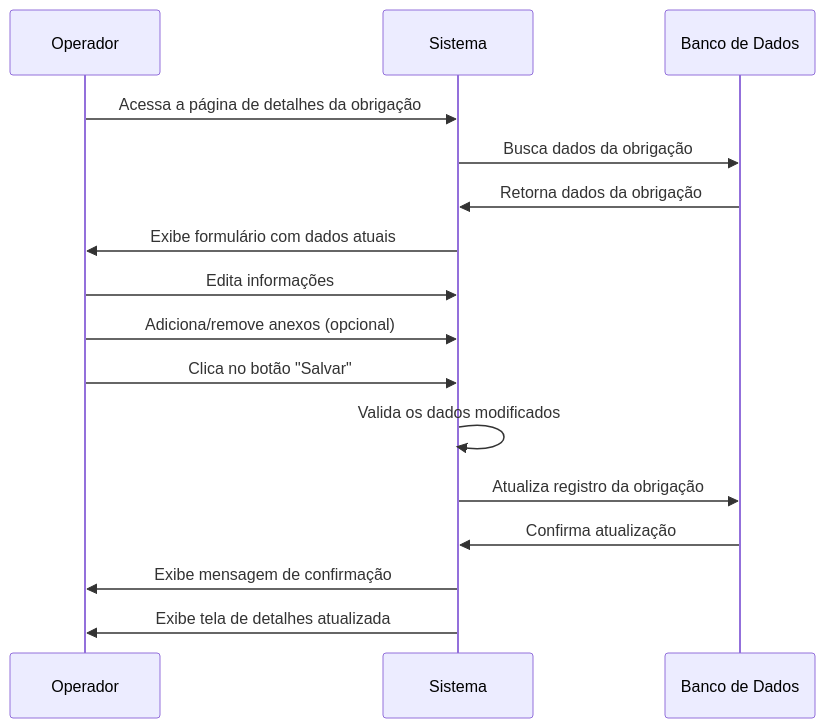
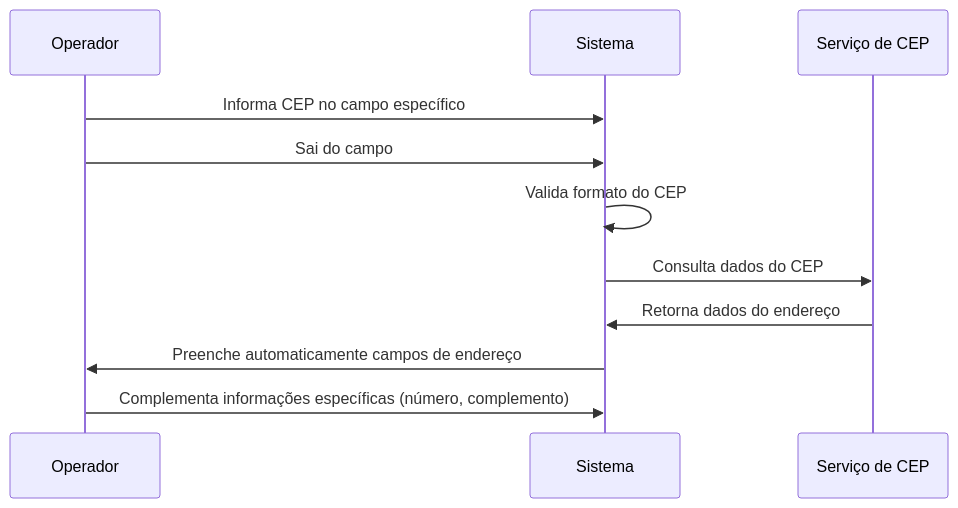
The first of 4 diagrams in Writerside/topics/RF14.md (Bomsalvez/quilombo-docs), drawn with Mermaid before and after one commit. The commit also changed other lines of this file and 34 other files, not shown here.

````diff
--- a/Writerside/topics/RF14.md
+++ b/Writerside/topics/RF14.md
@@ -47,19 +44,14 @@
 ```mermaid
 sequenceDiagram
     participant O as Operador
     participant S as Sistema
-    participant DB as Banco de Dados
+    participant API as Serviço de CEP
     
-    O->>S: Acessa a página de detalhes da obrigação
-    S->>DB: Busca dados da obrigação
-    DB->>S: Retorna dados da obrigação
-    S->>O: Exibe formulário com dados atuais
-    O->>S: Edita informações
-    O->>S: Adiciona/remove anexos (opcional)
-    O->>S: Clica no botão "Salvar"
-    S->>S: Valida os dados modificados
-    S->>DB: Atualiza registro da obrigação
-    DB->>S: Confirma atualização
-    S->>O: Exibe mensagem de confirmação
-    S->>O: Exibe tela de detalhes atualizada
+    O->>S: Informa CEP no campo específico
+    O->>S: Sai do campo 
+    S->>S: Valida formato do CEP
+    S->>API: Consulta dados do CEP
+    API->>S: Retorna dados do endereço
+    S->>O: Preenche automaticamente campos de endereço
+    O->>S: Complementa informações específicas (número, complemento)
 ```
````
